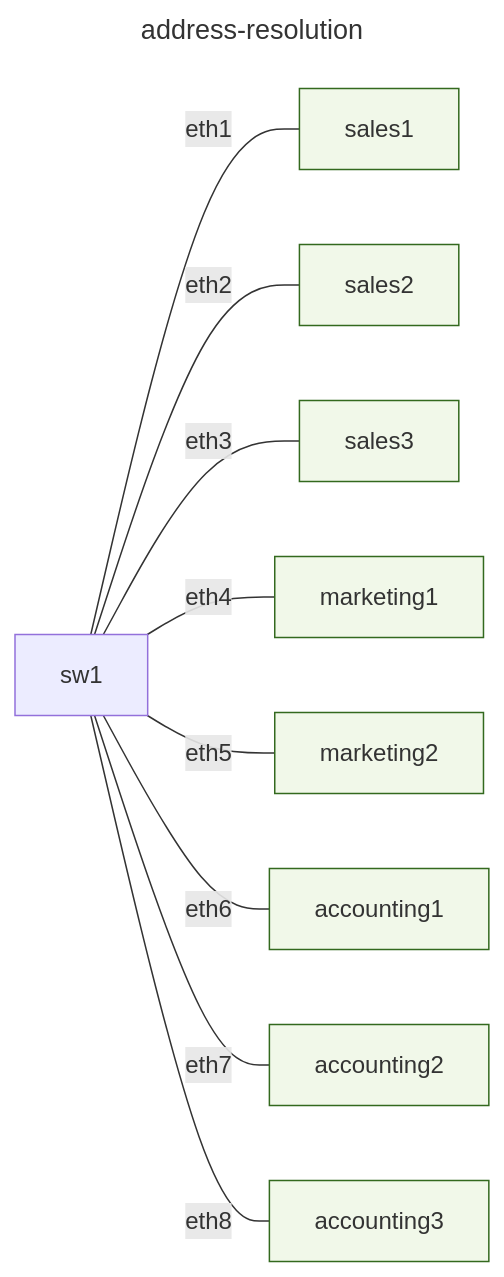
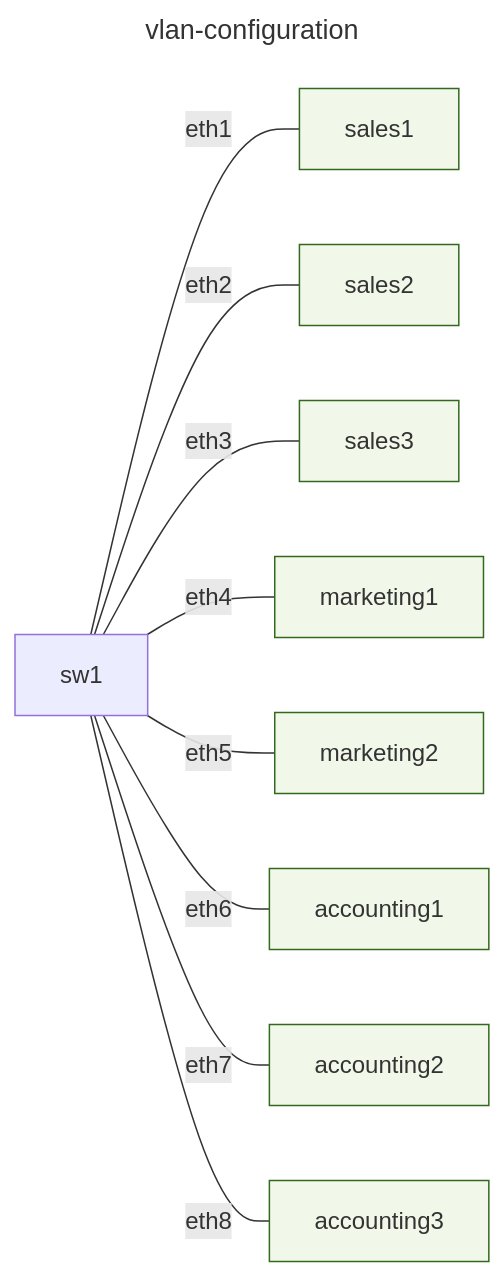
Before and after one commit to CapnCheapo/open-network-labs: the diagram in labs/switching/vlan-configuration/README.md, drawn with Mermaid. The commit also changed 9 other files, not shown here.

````diff
--- a/labs/switching/vlan-configuration/README.md
+++ b/labs/switching/vlan-configuration/README.md
@@ -1,30 +1,30 @@
 ```mermaid
 ---
-title: address-resolution
+title: vlan-configuration
 ---
 graph LR
   sales1["<fa:laptop> sales1"]
   sales2["<fa:laptop> sales2"]
   sales3["<fa:laptop> sales3"]
   marketing1["<fa:laptop> marketing1"]
   marketing2["<fa:laptop> marketing2"]
   accounting1["<fa:laptop> accounting1"]
   accounting2["<fa:laptop> accounting2"]
   accounting3["<fa:laptop> accounting3"]
   
 
   classDef switch fill:#e3f2fd,stroke:#1565c0,stroke-width:2px;
   classDef host fill:#f1f8e9,stroke:#33691e;
 
   class sw1 switch
   class sales1,sales2,sales3,marketing1,marketing2,accounting1,accounting2,accounting3 host
 
   sw1 ---|"eth1"| sales1
   sw1 ---|"eth2"| sales2
   sw1 ---|"eth3"| sales3
   sw1 ---|"eth4"| marketing1
   sw1 ---|"eth5"| marketing2
   sw1 ---|"eth6"| accounting1
   sw1 ---|"eth7"| accounting2
   sw1 ---|"eth8"| accounting3
 ```
````
